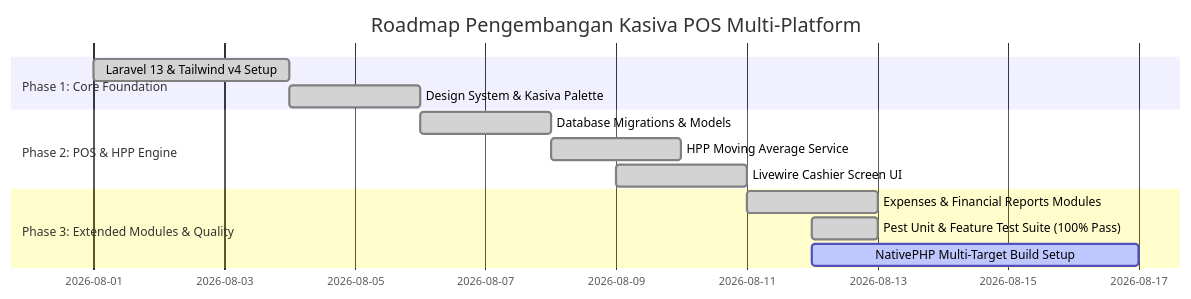
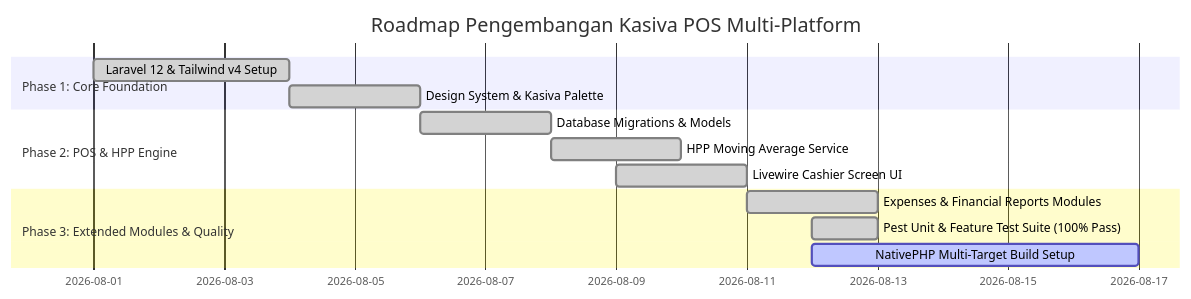
Before and after one commit to riod94/kasiva: the diagram in docs/10_WBS_ROADMAP.md, drawn with Mermaid. The commit also changed 110 other files, not shown here.

````diff
--- a/docs/10_WBS_ROADMAP.md
+++ b/docs/10_WBS_ROADMAP.md
@@ -14,16 +14,16 @@
 ```mermaid
 gantt
     title Roadmap Pengembangan Kasiva POS Multi-Platform
     dateFormat  YYYY-MM-DD
     section Phase 1: Core Foundation
-    Laravel 13 & Tailwind v4 Setup       :done, p1, 2026-08-01, 3d
+    Laravel 12 & Tailwind v4 Setup       :done, p1, 2026-08-01, 3d
     Design System & Kasiva Palette       :done, p2, 2026-08-04, 2d
     section Phase 2: POS & HPP Engine
     Database Migrations & Models        :done, p3, 2026-08-06, 2d
     HPP Moving Average Service          :done, p4, 2026-08-08, 2d
     Livewire Cashier Screen UI          :done, p5, 2026-08-09, 2d
     section Phase 3: Extended Modules & Quality
     Expenses & Financial Reports Modules :done, p6, 2026-08-11, 2d
     Pest Unit & Feature Test Suite (100% Pass) :done, p7, 2026-08-12, 1d
     NativePHP Multi-Target Build Setup   :active, p8, 2026-08-12, 5d
 ```
````
